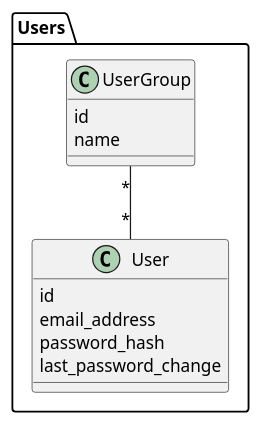
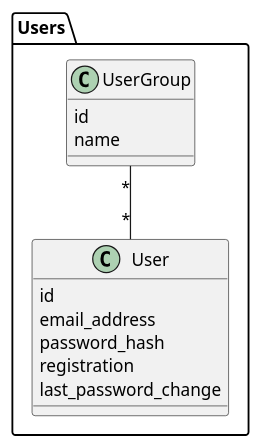
Before and after one commit to buffstop/PepCoopMembership: the second of 11 diagrams in docs/design/index.rst, drawn with PlantUML. The commit also changed other lines of this file, not shown here.

Commit message:
Motivate the Membership Processes package and hide access tokens until further documented.

```diff
--- a/docs/design/index.rst
+++ b/docs/design/index.rst
@@ -78,21 +117,29 @@
 .. uml::
    :caption: UML class diagram of the Users package.
 
    @startuml
    package Users {
 
        class UserGroup {
            id
            name
        }
 
        class User {
            id
            email_address
            password_hash
+           registration
            last_password_change
        }
 
        UserGroup "*" -- "*" User
-   }
+
+       ' class EmailAddressConfirmationAccessToken {
+       '     member_id
+       ' }
+
+       ' AccessToken <|-- EmailAddressConfirmationAccessToken
+       ' Member "1" <-- "*" EmailAddressConfirmationAccessToken
+      }
    @enduml
```
